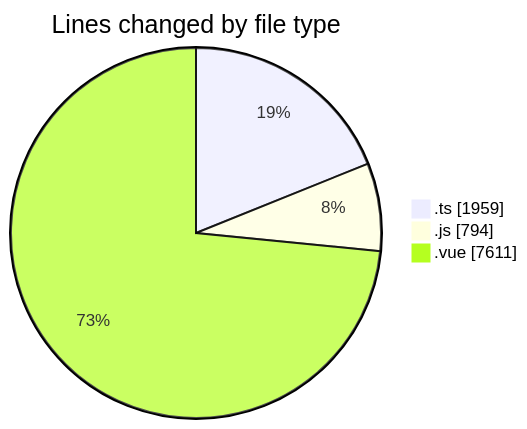
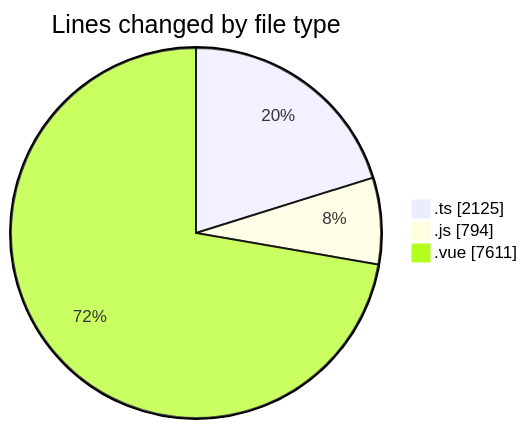
The first of 2 diagrams in 2025-08-16/rentotp/README.md (lephambinh05/code-tracking), drawn with Mermaid before and after one commit. The commit also changed other lines of this file and 1 other file, not shown here.

````diff
--- a/2025-08-16/rentotp/README.md
+++ b/2025-08-16/rentotp/README.md
@@ -47,7 +49,7 @@
 ```mermaid
 pie showData
 title Lines changed by file type
-".ts" : 1959
+".ts" : 2125
 ".js" : 794
 ".vue" : 7611
 ```
````
